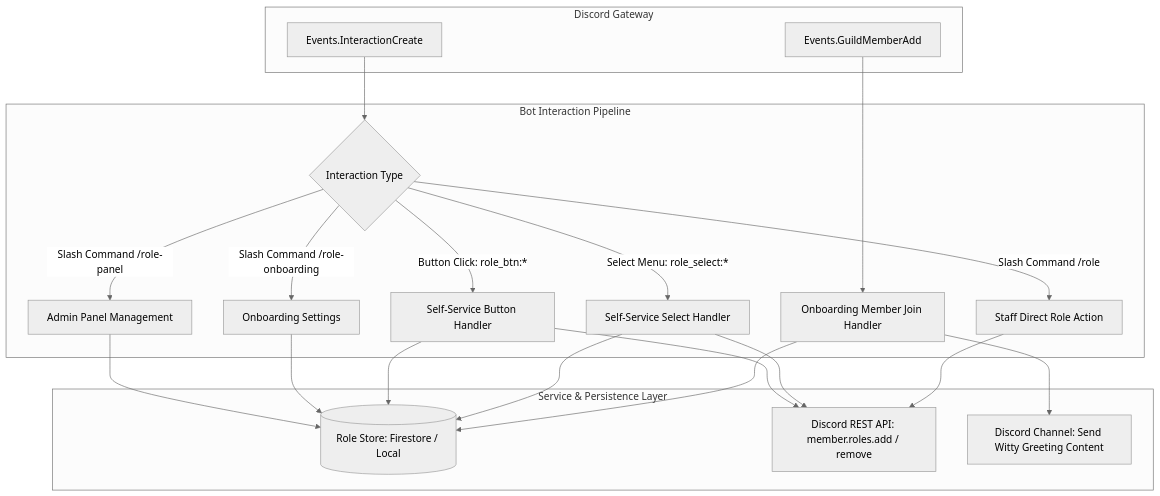
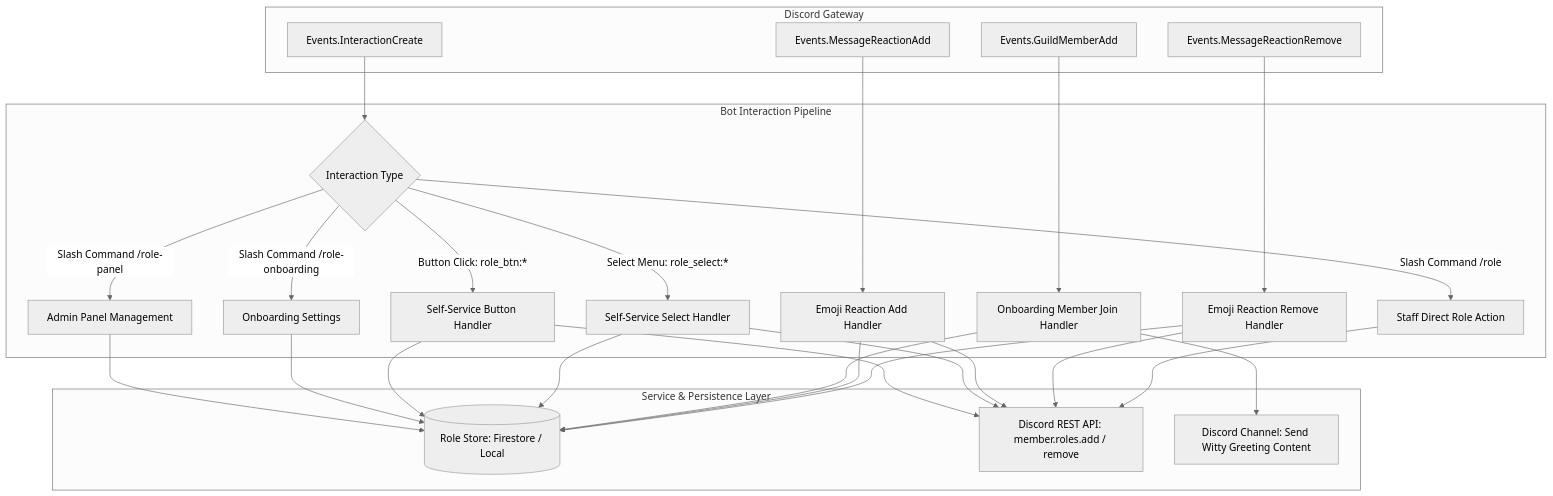
One commit to nthungdev/discord-bot changed the first of 2 diagrams in docs/role-assignment-prd.md. Above: the diagram before and after it, drawn with Mermaid (neutral theme). The commit also changed other lines of this file and 19 other files, not shown here.

First line of the commit message:
feat(roles): add emoji reaction role claim panel (#86)

````diff
--- a/docs/role-assignment-prd.md
+++ b/docs/role-assignment-prd.md
@@ -73,31 +77,39 @@
 ```mermaid
 flowchart TD
     subgraph Discord Gateway
         A1[Events.InteractionCreate]
         A2[Events.GuildMemberAdd]
+        A3[Events.MessageReactionAdd]
+        A4[Events.MessageReactionRemove]
     end
 
     subgraph Bot Interaction Pipeline
         A1 --> B{Interaction Type}
         B -->|Slash Command /role-panel| C[Admin Panel Management]
         B -->|Slash Command /role| D[Staff Direct Role Action]
         B -->|Slash Command /role-onboarding| E[Onboarding Settings]
         B -->|Button Click: role_btn:*| F[Self-Service Button Handler]
         B -->|Select Menu: role_select:*| G[Self-Service Select Handler]
 
         A2 --> H[Onboarding Member Join Handler]
+        A3 --> I[Emoji Reaction Add Handler]
+        A4 --> J[Emoji Reaction Remove Handler]
     end
 
     subgraph Service & Persistence Layer
         C --> S[(Role Store: Firestore / Local)]
         E --> S
         F --> S
         G --> S
         H --> S
+        I --> S
+        J --> S
         
         F --> DAPI[Discord REST API: member.roles.add / remove]
         G --> DAPI
+        I --> DAPI
+        J --> DAPI
         D --> DAPI
         H --> DMSG[Discord Channel: Send Witty Greeting Content]
     end
 ```
````
